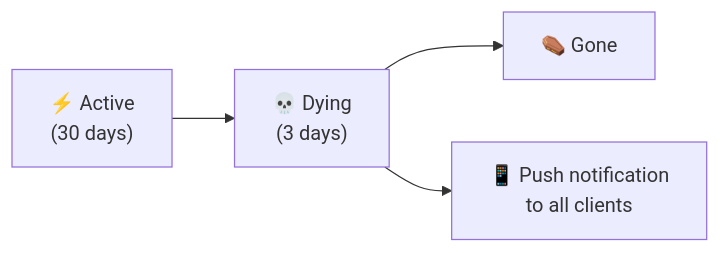
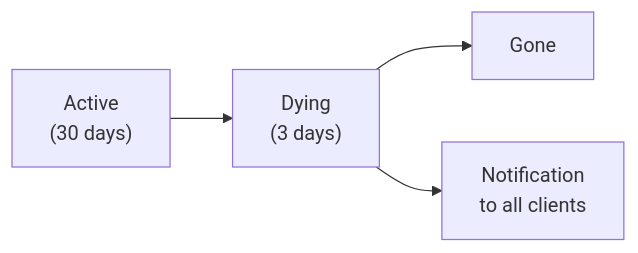
One commit to 8144225309/superscalar-docs changed the first of 5 diagrams in how-it-works/client-migration.md. Above: the diagram before and after it, drawn with Mermaid. The commit also changed other lines of this file and 31 other files, not shown here.

````diff
--- a/how-it-works/client-migration.md
+++ b/how-it-works/client-migration.md
@@ -9,7 +9,7 @@
 ```mermaid
 graph LR
-    A["⚡ Active<br/>(30 days)"] --> D["💀 Dying<br/>(3 days)"]
-    D --> G["⚰️ Gone"]
+    A["Active<br/>(30 days)"] --> D["Dying<br/>(3 days)"]
+    D --> G["Gone"]
 
-    D --> N["📱 Push notification<br/>to all clients"]
+    D --> N["Notification<br/>to all clients"]
 ```
````
